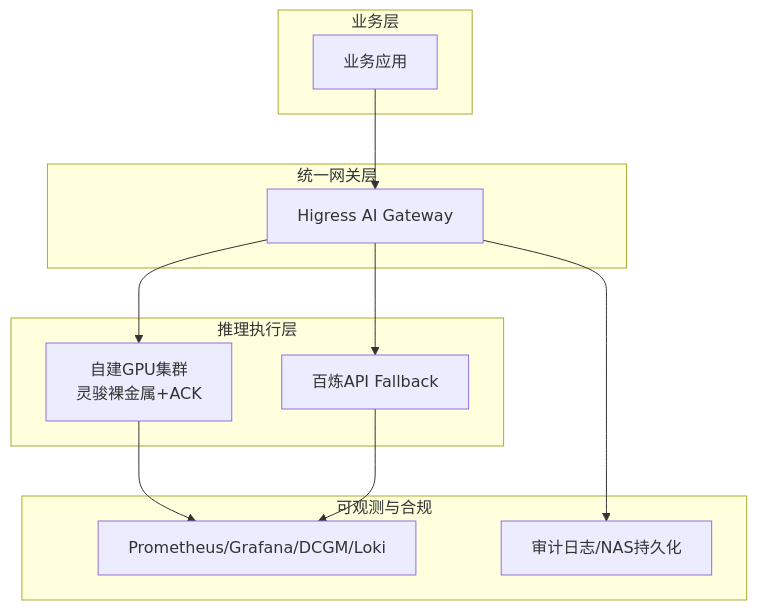
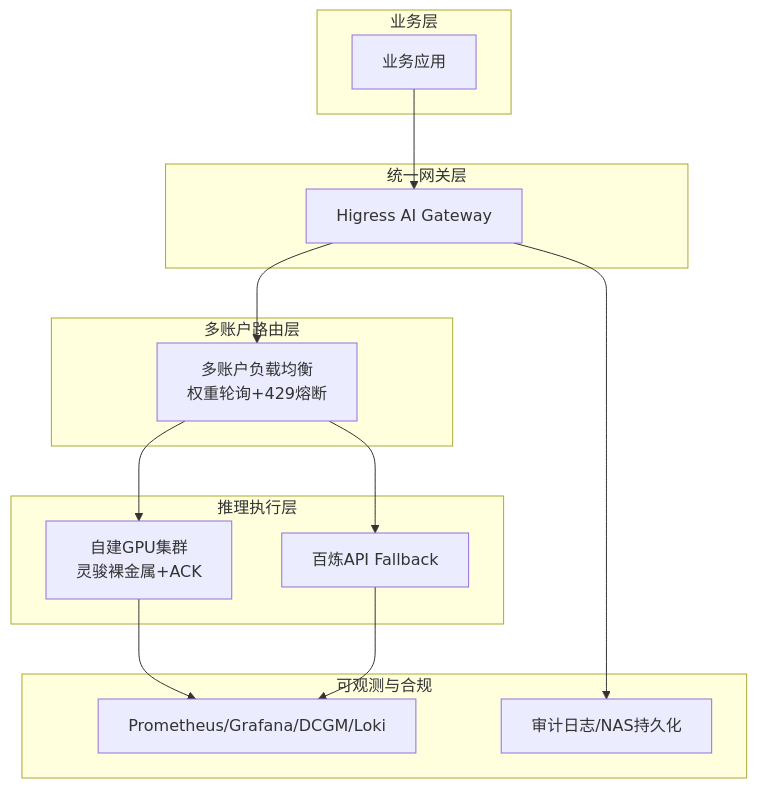
The second of 8 diagrams in .qoder/repowiki/zh/content/知识库组织结构/厂商知识库/阿里云知识库/MaaS（百炼平台）.md (EthanNiWorld/AI-Native-SA-2026), drawn with Mermaid before and after one commit. The commit also changed other lines of this file and 7 other files, not shown here.

````diff
--- a/.qoder/repowiki/zh/content/知识库组织结构/厂商知识库/阿里云知识库/MaaS（百炼平台）.md
+++ b/.qoder/repowiki/zh/content/知识库组织结构/厂商知识库/阿里云知识库/MaaS（百炼平台）.md
@@ -83,23 +116,27 @@
 ```mermaid
 graph TB
 subgraph "业务层"
 APP["业务应用"]
 end
 subgraph "统一网关层"
 GW["Higress AI Gateway"]
 end
 subgraph "推理执行层"
 SELF["自建GPU集群<br/>灵骏裸金属+ACK"]
 FALL["百炼API Fallback"]
 end
+subgraph "多账户路由层"
+ROUTER["多账户负载均衡<br/>权重轮询+429熔断"]
+end
 subgraph "可观测与合规"
 OBS["Prometheus/Grafana/DCGM/Loki"]
 AUD["审计日志/NAS持久化"]
 end
 APP --> GW
-GW --> SELF
-GW --> FALL
+GW --> ROUTER
+ROUTER --> SELF
+ROUTER --> FALL
 SELF --> OBS
 FALL --> OBS
 GW --> AUD
 ```
````
